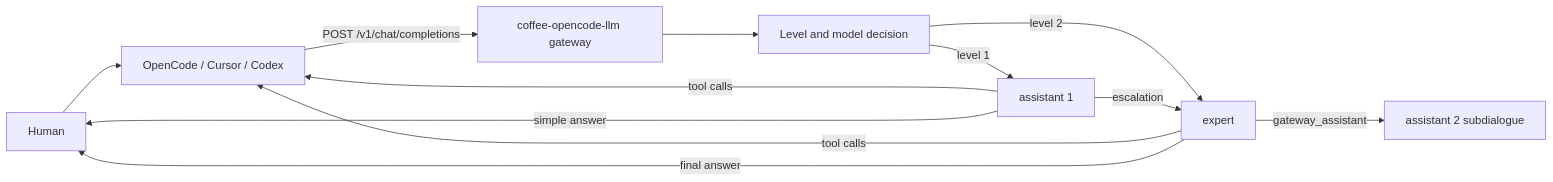
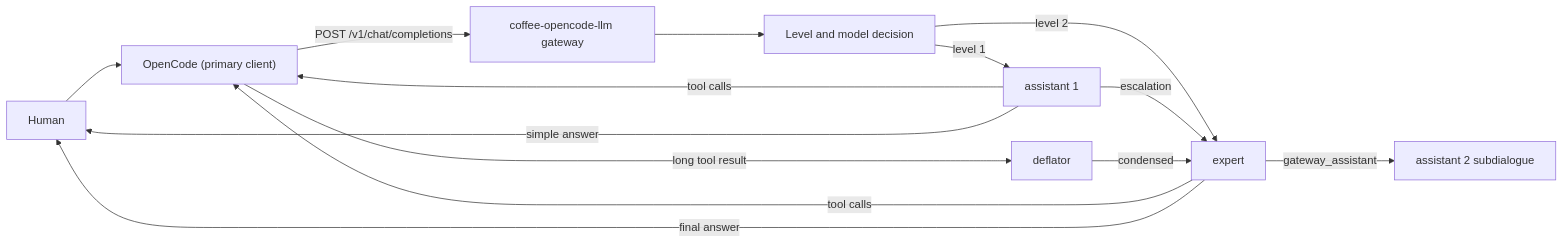
Before and after one commit to coffeebreak-ai/coffee-opencode-llm: the first of 2 diagrams in README.md, drawn with Mermaid. The commit also changed other lines of this file and 2 other files, not shown here.

Commit message:
docs: OpenCode as the primary client, deflator in the request path
State up front that the gateway is built for OpenCode: provider
protocol, Thought streaming, progress events, session headers, with
Cursor and Codex on the same OpenAI-compatible API. The request path
diagram now shows the deflator condensing long tool results, mirroring
the reference layout of the earlier Python README.

````diff
--- a/README.md
+++ b/README.md
@@ -19,14 +23,16 @@
 ```mermaid
 flowchart LR
-    human["Human"] --> client["OpenCode / Cursor / Codex"]
-    client -->|"POST /v1/chat/completions"| gw["coffee-opencode-llm gateway"]
+    human["Human"] --> oc["OpenCode (primary client)"]
+    oc -->|"POST /v1/chat/completions"| gw["coffee-opencode-llm gateway"]
     gw --> decide["Level and model decision"]
     decide -->|"level 1"| asst["assistant 1"]
     decide -->|"level 2"| expert["expert"]
     asst -->|"escalation"| expert
     expert -->|"gateway_assistant"| helper["assistant 2 subdialogue"]
-    asst -->|"tool calls"| client
-    expert -->|"tool calls"| client
+    asst -->|"tool calls"| oc
+    expert -->|"tool calls"| oc
+    oc -->|"long tool result"| deflator["deflator"]
+    deflator -->|"condensed"| expert
     asst -->|"simple answer"| human
     expert -->|"final answer"| human
 ```
````
